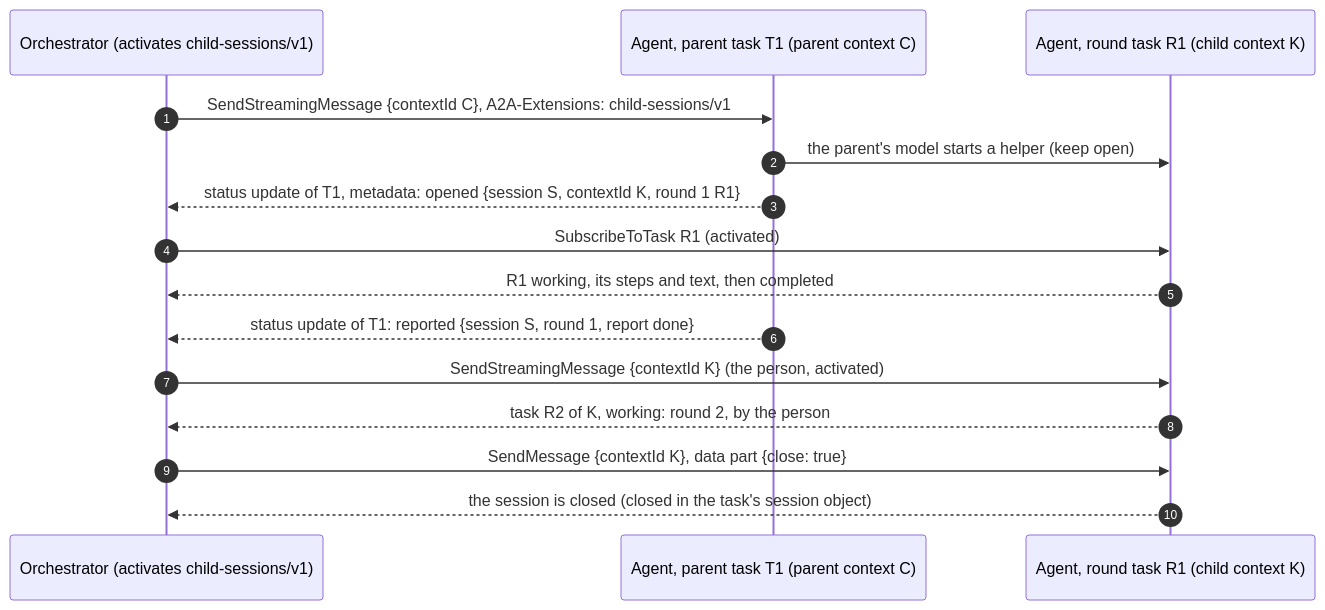
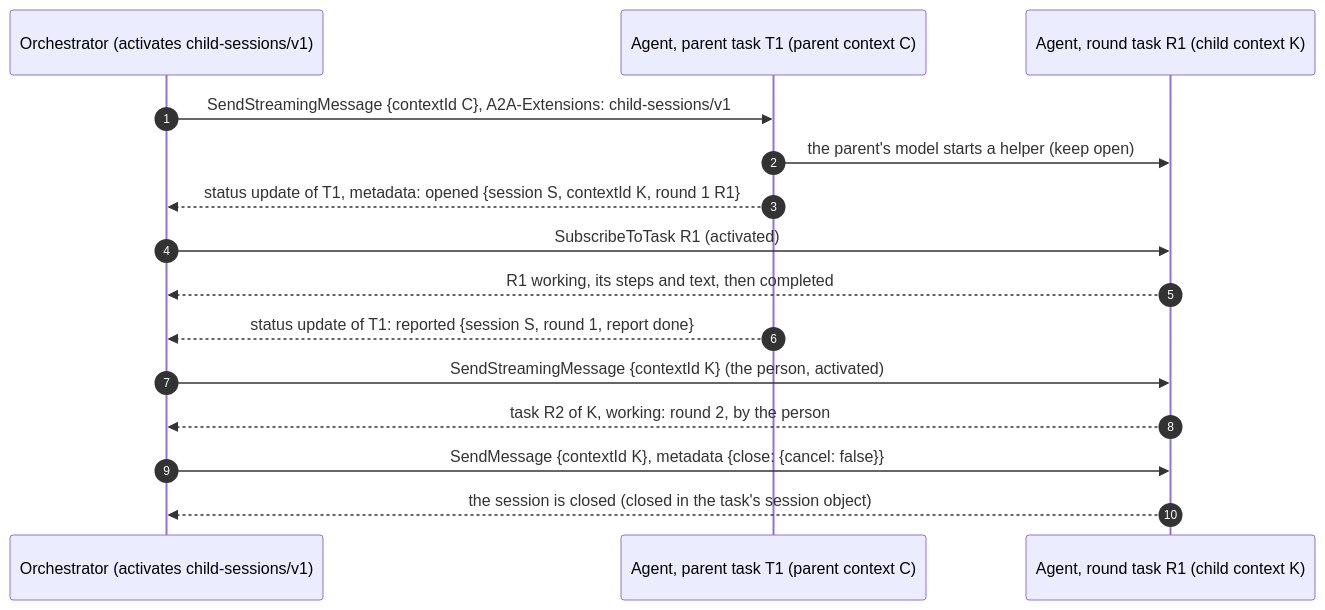
One commit to marcjazz/another-agentic-system changed the first of 2 diagrams in docs/api/child-sessions-v1.md. Above: the diagram before and after it, drawn with Mermaid. The commit also changed other lines of this file and 12 other files, not shown here.

````diff
--- a/docs/api/child-sessions-v1.md
+++ b/docs/api/child-sessions-v1.md
@@ -37,18 +35,18 @@
 ```mermaid
 sequenceDiagram
   autonumber
   participant O as Orchestrator (activates child-sessions/v1)
   participant P as Agent, parent task T1 (parent context C)
   participant R as Agent, round task R1 (child context K)
 
   O->>P: SendStreamingMessage {contextId C}, A2A-Extensions: child-sessions/v1
   P->>R: the parent's model starts a helper (keep open)
   P-->>O: status update of T1, metadata: opened {session S, contextId K, round 1 R1}
   O->>R: SubscribeToTask R1 (activated)
   R-->>O: R1 working, its steps and text, then completed
   P-->>O: status update of T1: reported {session S, round 1, report done}
   O->>R: SendStreamingMessage {contextId K} (the person, activated)
   R-->>O: task R2 of K, working: round 2, by the person
-  O->>R: SendMessage {contextId K}, data part {close: true}
+  O->>R: SendMessage {contextId K}, metadata {close: {cancel: false}}
   R-->>O: the session is closed (closed in the task's session object)
 ```
````
